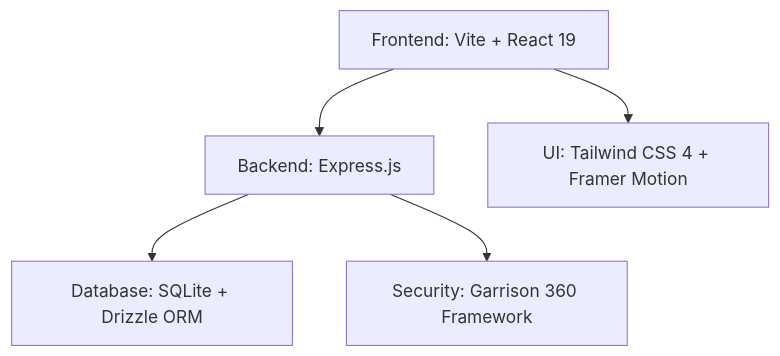
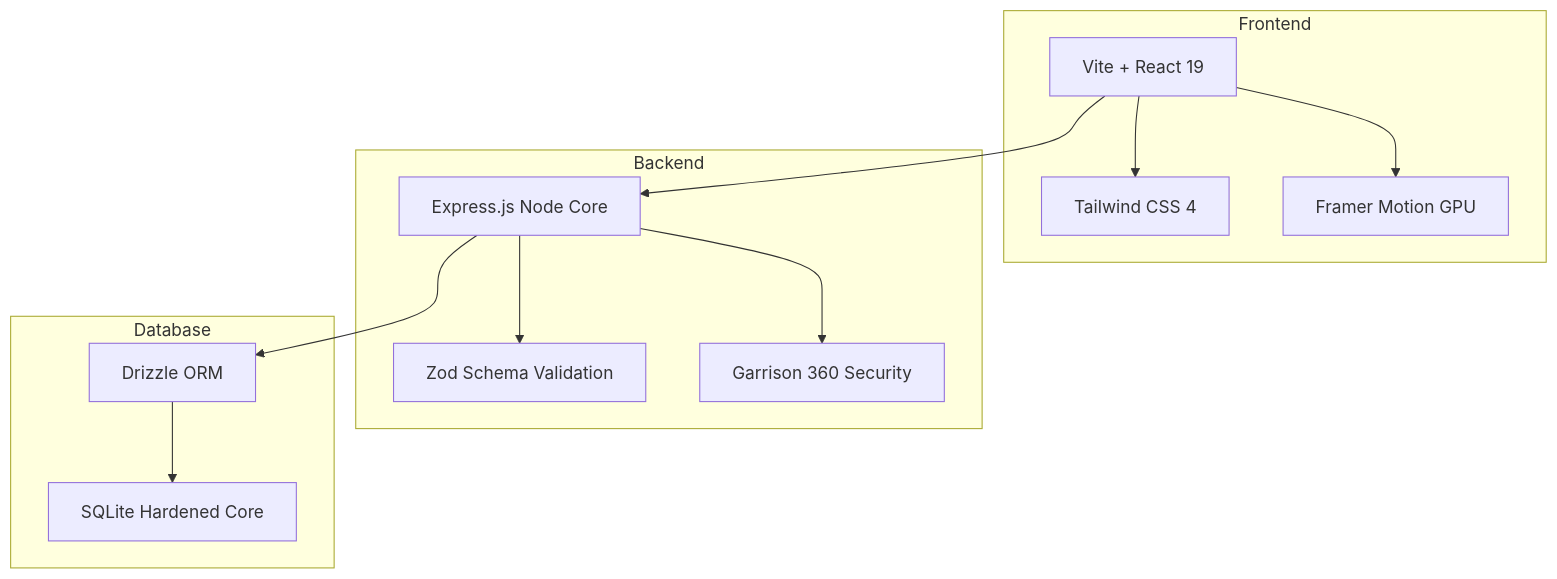
The first of 2 diagrams in README.md (VENKATAVISHALKOVURU/PickIT-new), drawn with Mermaid before and after one commit. The commit also changed other lines of this file and 2 other files, not shown here.

````diff
--- a/README.md
+++ b/README.md
@@ -36,7 +39,16 @@
 ```mermaid
 graph TD
-    A[Frontend: Vite + React 19] --> B[Backend: Express.js]
-    B --> C[Database: SQLite + Drizzle ORM]
-    B --> D[Security: Garrison 360 Framework]
-    A --> E[UI: Tailwind CSS 4 + Framer Motion]
+    subgraph Frontend
+        A[Vite + React 19] --> B[Tailwind CSS 4]
+        A --> C[Framer Motion GPU]
+    end
+    subgraph Backend
+        D[Express.js Node Core] --> E[Zod Schema Validation]
+        D --> F[Garrison 360 Security]
+    end
+    subgraph Database
+        G[Drizzle ORM] --> H[SQLite Hardened Core]
+    end
+    A --> D
+    D --> G
 ```
````
